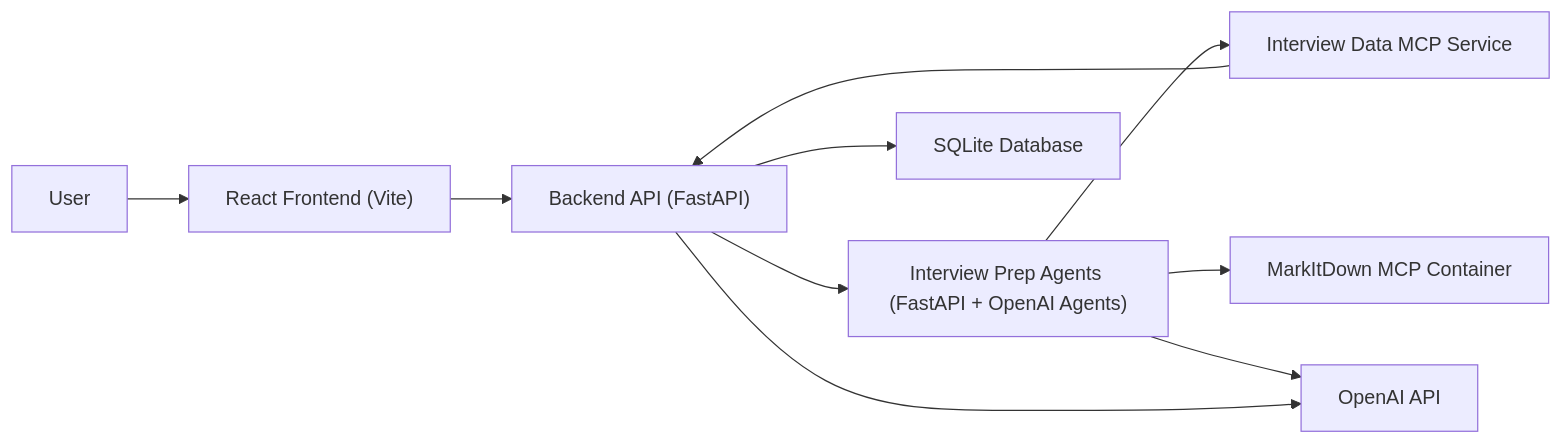
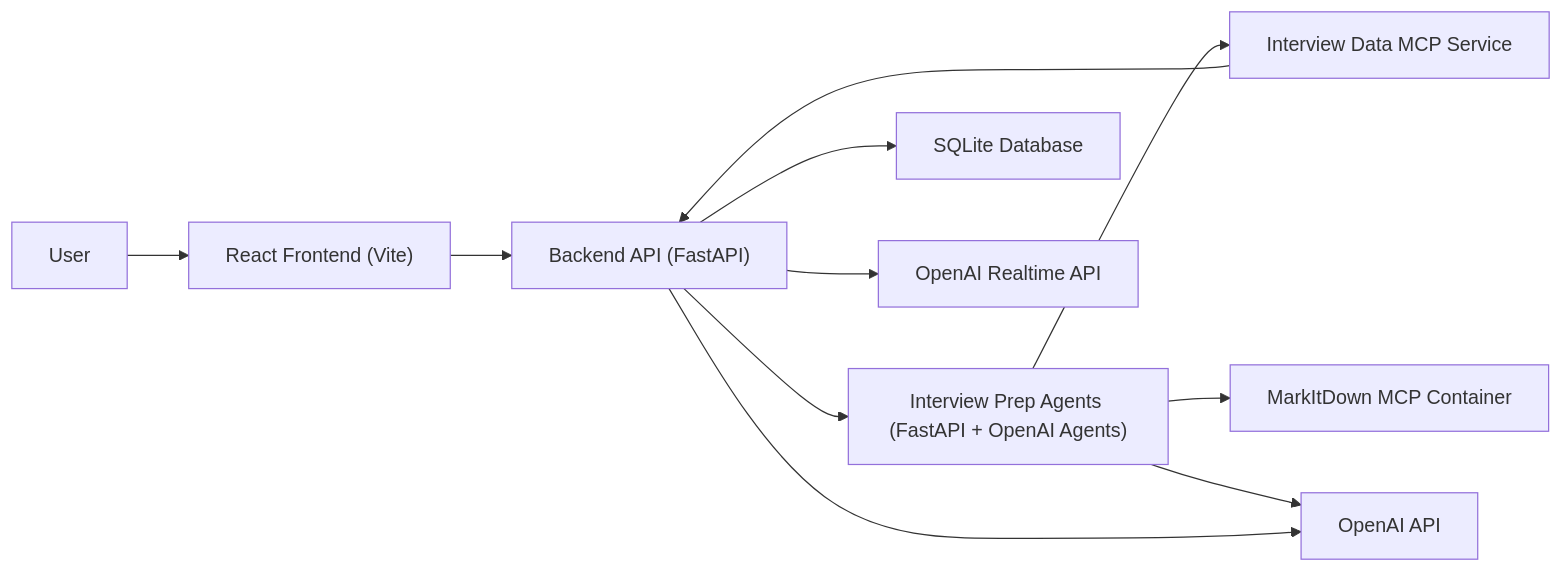
Before and after one commit to anamariapanait10/InterviewSimulatorApp: the diagram in README.md, drawn with Mermaid. The commit also changed other lines of this file and 18 other files, not shown here.

Commit message:
Added voice mode option to all question types; Modified architecture to be completely agent-driven

````diff
--- a/README.md
+++ b/README.md
@@ -24,12 +26,13 @@
 ```mermaid
 flowchart LR
     U["User"] --> F["React Frontend (Vite)"]
     F --> B["Backend API (FastAPI)"]
     B --> A["Interview Prep Agents (FastAPI + OpenAI Agents)"]
     B --> D["SQLite Database"]
+    B --> R["OpenAI Realtime API"]
     A --> M["Interview Data MCP Service"]
     A --> K["MarkItDown MCP Container"]
     M --> B
     A --> O["OpenAI API"]
     B --> O
 ```
````
